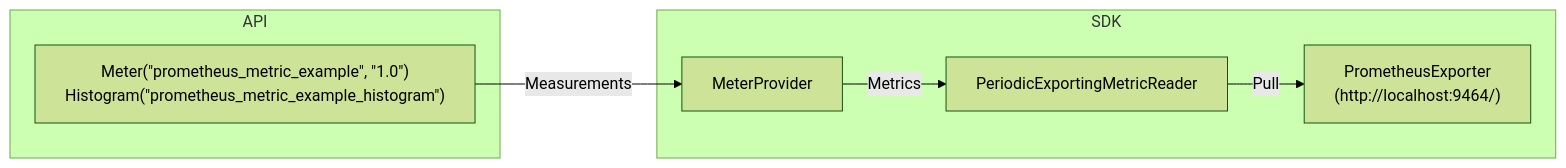
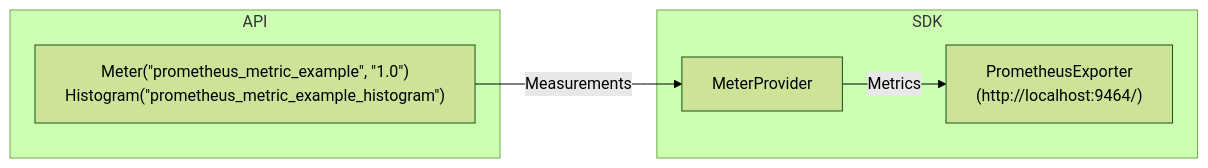
Before and after one commit to open-telemetry/opentelemetry-cpp: the first of 2 diagrams in examples/prometheus/README.md, drawn with Mermaid (forest theme). The commit also changed other lines of this file and 4 other files, not shown here.

````diff
--- a/examples/prometheus/README.md
+++ b/examples/prometheus/README.md
@@ -44,17 +25,16 @@
 ```mermaid
 graph LR
 
 subgraph SDK
   MeterProvider
-  MetricReader[PeriodicExportingMetricReader]
-  PrometheusExporter["PrometheusExporter<br/>(http://localhost:9464/)"]
+  MetricReader["PrometheusExporter<br/>(http://localhost:9464/)"]
 end
 
 subgraph API
   Instrument["Meter(#quot;prometheus_metric_example#quot;, #quot;1.0#quot;)<br/>Histogram(#quot;prometheus_metric_example_histogram#quot;)"]
 end
 
 Instrument --> | Measurements | MeterProvider
 
-MeterProvider --> | Metrics | MetricReader --> | Pull | PrometheusExporter
+MeterProvider --> | Metrics | MetricReader
 ```
````
